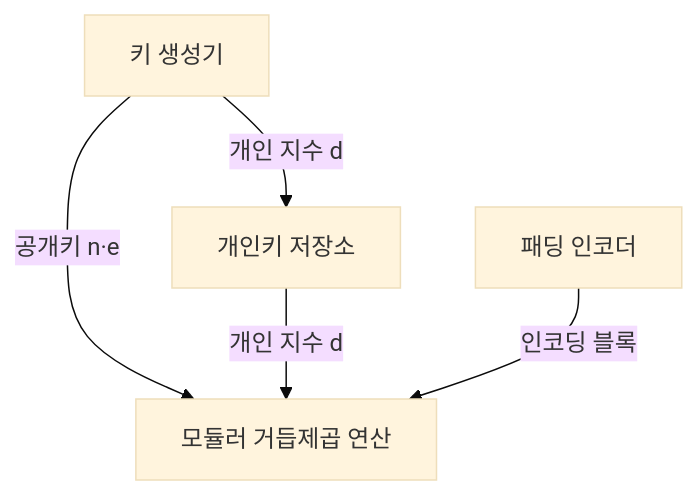
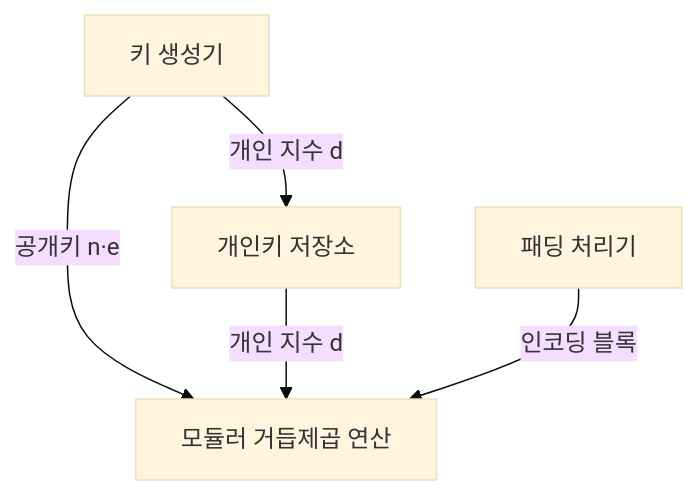
One commit to agnusdei1207/knowledge-base changed the first of 2 diagrams in src/content/docs/notes/01-basic-theory/059_crypto_math_rsa.md. Above: the diagram before and after it, drawn with Mermaid (base theme). The commit also changed other lines of this file and 10 other files, not shown here.

````diff
--- a/src/content/docs/notes/01-basic-theory/059_crypto_math_rsa.md
+++ b/src/content/docs/notes/01-basic-theory/059_crypto_math_rsa.md
@@ -75,7 +80,7 @@
 ```mermaid
 flowchart TB
     G["키 생성기"] -->|"개인 지수 d"| S["개인키 저장소"]
     G -->|"공개키 n·e"| X["모듈러 거듭제곱 연산"]
     S -->|"개인 지수 d"| X
-    P["패딩 인코더"] -->|"인코딩 블록"| X
+    P["패딩 처리기"] -->|"인코딩 블록"| X
 ```
````
